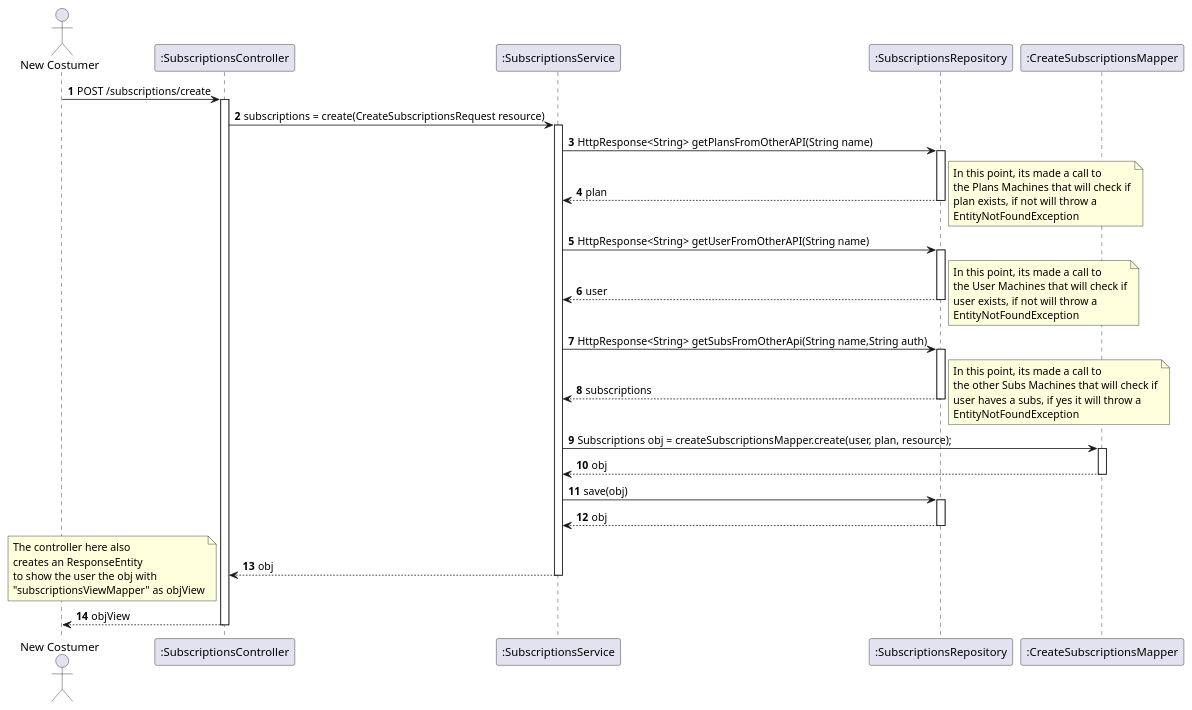
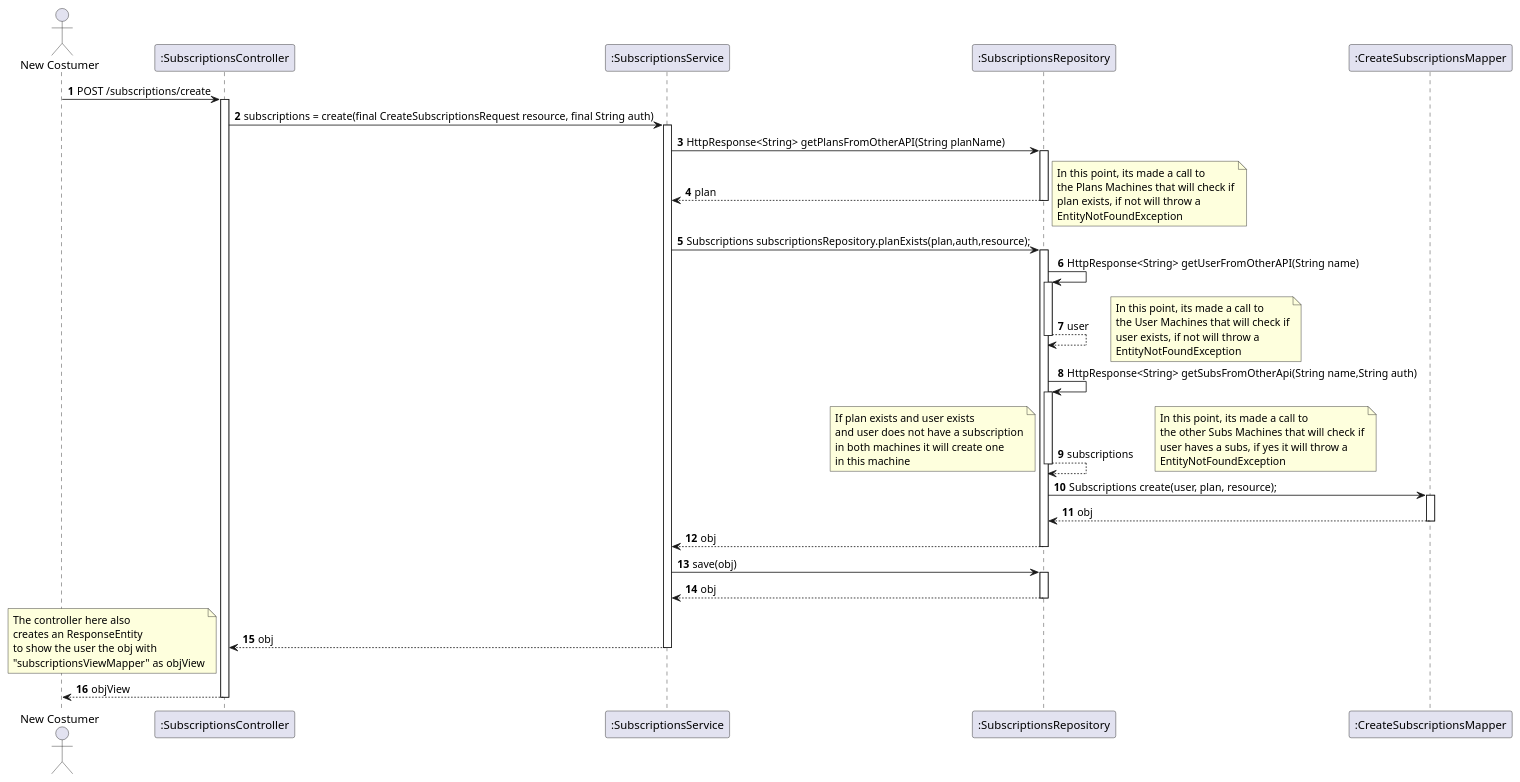
The diagram in docs_sidis/Subs/UC07 - CreateSub/UC07-SD.puml (IsepMartimOliveira/SIDIS), drawn with PlantUML before and after one commit. The commit also changed 35 other files, not shown here.

```diff
--- a/docs_sidis/Subs/UC07 - CreateSub/UC07-SD.puml
+++ b/docs_sidis/Subs/UC07 - CreateSub/UC07-SD.puml
@@ -1,55 +1,69 @@
 @startuml
 'https://plantuml.com/sequence-diagram
 autoactivate on
 autonumber
 actor "New Costumer" as Ac
 participant ":SubscriptionsController" as Ctrl
 participant ":SubscriptionsService" as Serv
 participant ":SubscriptionsRepository" as SubRepo
 participant ":CreateSubscriptionsMapper" as Mapper
 Ac -> Ctrl : POST /subscriptions/create
-Ctrl -> Serv : subscriptions = create(CreateSubscriptionsRequest resource)
-Serv -> SubRepo : HttpResponse<String> getPlansFromOtherAPI(String name)
+Ctrl -> Serv : subscriptions = create(final CreateSubscriptionsRequest resource, final String auth)
+Serv -> SubRepo : HttpResponse<String> getPlansFromOtherAPI(String planName)
 SubRepo --> Serv : plan
 note right
   In this point, its made a call to
   the Plans Machines that will check if
   plan exists, if not will throw a
   EntityNotFoundException
 end note
+Serv -> SubRepo: Subscriptions subscriptionsRepository.planExists(plan,auth,resource);
 
-Serv -> SubRepo : HttpResponse<String> getUserFromOtherAPI(String name)
-SubRepo --> Serv : user
+SubRepo -> SubRepo : HttpResponse<String> getUserFromOtherAPI(String name)
+SubRepo --> SubRepo : user
+
+
 
 note right
   In this point, its made a call to
   the User Machines that will check if
   user exists, if not will throw a
   EntityNotFoundException
 end note
 
-Serv -> SubRepo :HttpResponse<String> getSubsFromOtherApi(String name,String auth)
-SubRepo --> Serv : subscriptions
-
+SubRepo -> SubRepo :HttpResponse<String> getSubsFromOtherApi(String name,String auth)
+SubRepo --> SubRepo : subscriptions
 note right
   In this point, its made a call to
   the other Subs Machines that will check if
   user haves a subs, if yes it will throw a
   EntityNotFoundException
 end note
-Serv -> Mapper :Subscriptions obj = createSubscriptionsMapper.create(user, plan, resource);
-Mapper --> Serv: obj
+
+
+note left
+  If plan exists and user exists
+  and user does not have a subscription
+  in both machines it will create one
+  in this machine
+end note
+SubRepo -> Mapper :Subscriptions create(user, plan, resource);
+Mapper --> SubRepo: obj
+
+SubRepo --> Serv: obj
+
+
 Serv -> SubRepo: save(obj)
 SubRepo --> Serv: obj
 Serv --> Ctrl: obj
 
 
 note left
  The controller here also
  creates an ResponseEntity
  to show the user the obj with
  "subscriptionsViewMapper" as objView
 end note
 Ac <-- Ctrl : objView
 
 @enduml
```
